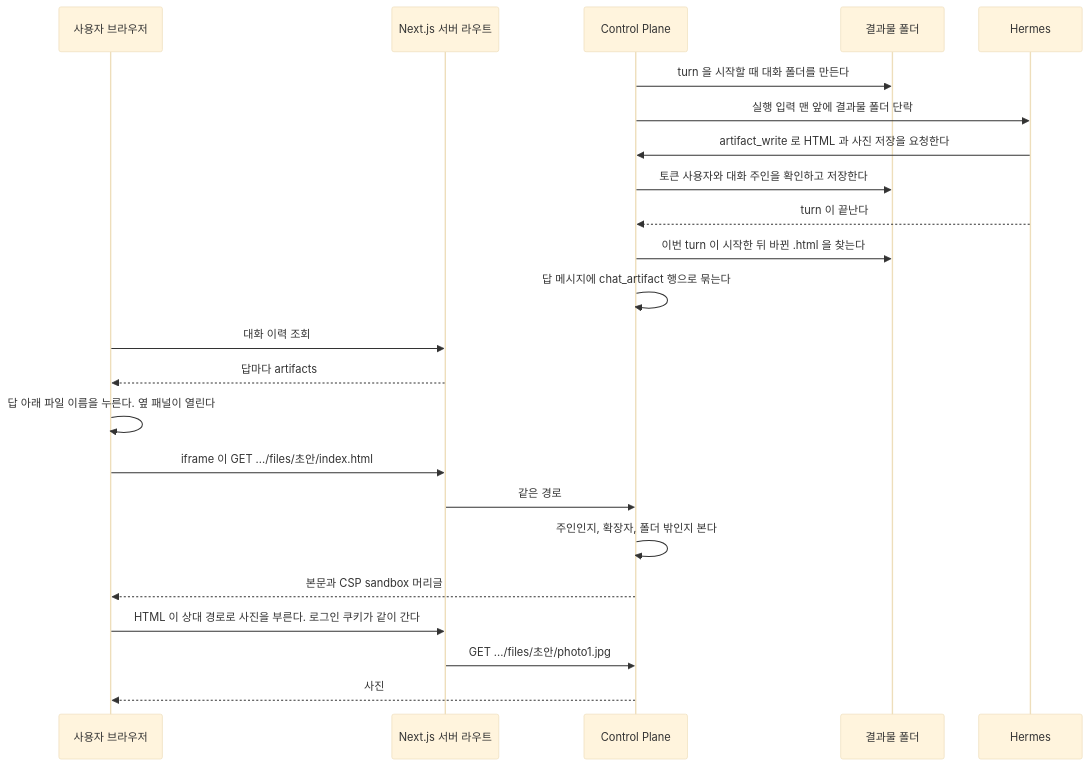
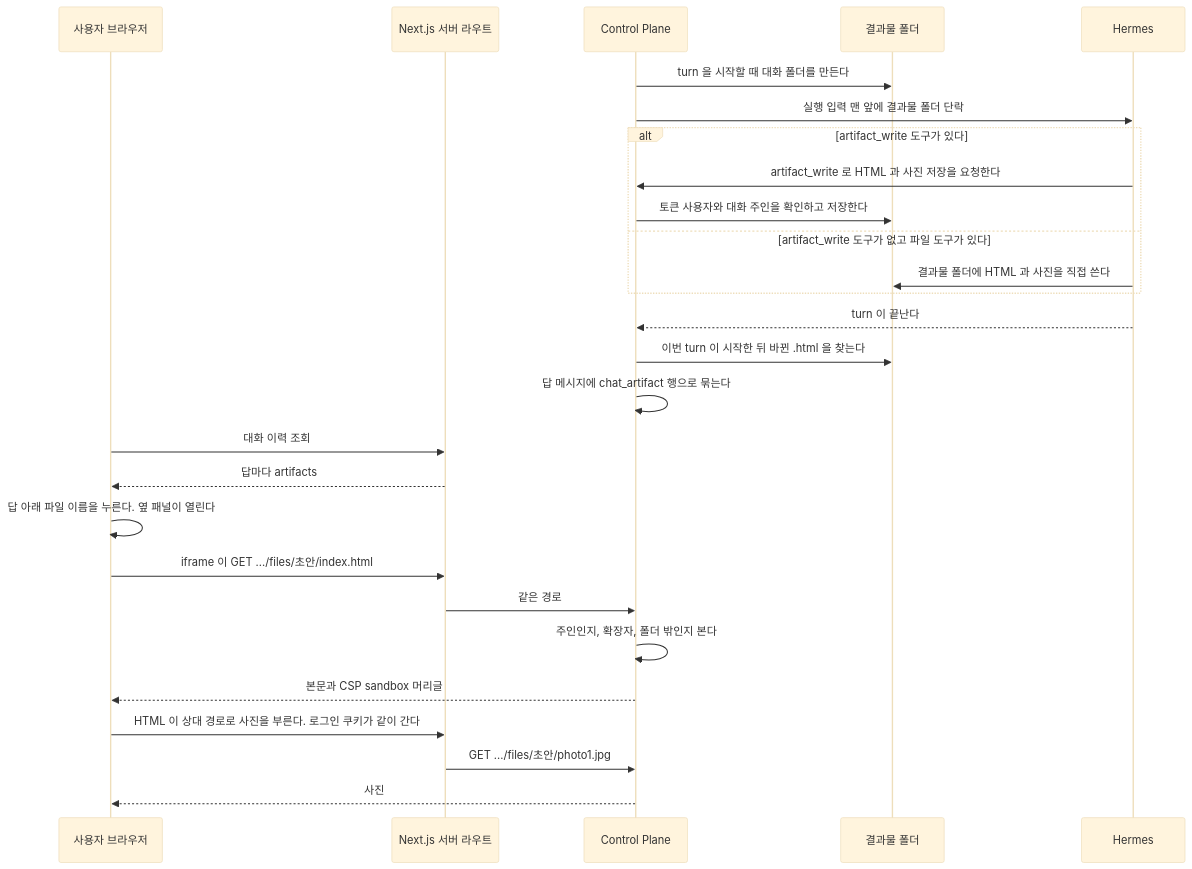
One commit to jon890/fos-assistant changed diagram 14 of 17 in docs/flow.md. Above: the diagram before and after it, drawn with Mermaid (base theme). The commit also changed other lines of this file and 11 other files, not shown here.

````diff
--- a/docs/flow.md
+++ b/docs/flow.md
@@ -873,26 +876,30 @@
 ```mermaid
 sequenceDiagram
     participant U as 사용자 브라우저
     participant W as Next.js 서버 라우트
     participant C as Control Plane
     participant D as 결과물 폴더
     participant H as Hermes
 
     C->>D: turn 을 시작할 때 대화 폴더를 만든다
     C->>H: 실행 입력 맨 앞에 결과물 폴더 단락
-    H->>C: artifact_write 로 HTML 과 사진 저장을 요청한다
-    C->>D: 토큰 사용자와 대화 주인을 확인하고 저장한다
+    alt artifact_write 도구가 있다
+        H->>C: artifact_write 로 HTML 과 사진 저장을 요청한다
+        C->>D: 토큰 사용자와 대화 주인을 확인하고 저장한다
+    else artifact_write 도구가 없고 파일 도구가 있다
+        H->>D: 결과물 폴더에 HTML 과 사진을 직접 쓴다
+    end
     H-->>C: turn 이 끝난다
     C->>D: 이번 turn 이 시작한 뒤 바뀐 .html 을 찾는다
     C->>C: 답 메시지에 chat_artifact 행으로 묶는다
     U->>W: 대화 이력 조회
     W-->>U: 답마다 artifacts
     U->>U: 답 아래 파일 이름을 누른다. 옆 패널이 열린다
     U->>W: iframe 이 GET .../files/초안/index.html
     W->>C: 같은 경로
     C->>C: 주인인지, 확장자, 폴더 밖인지 본다
     C-->>U: 본문과 CSP sandbox 머리글
     U->>W: HTML 이 상대 경로로 사진을 부른다. 로그인 쿠키가 같이 간다
     W->>C: GET .../files/초안/photo1.jpg
     C-->>U: 사진
 ```
````
